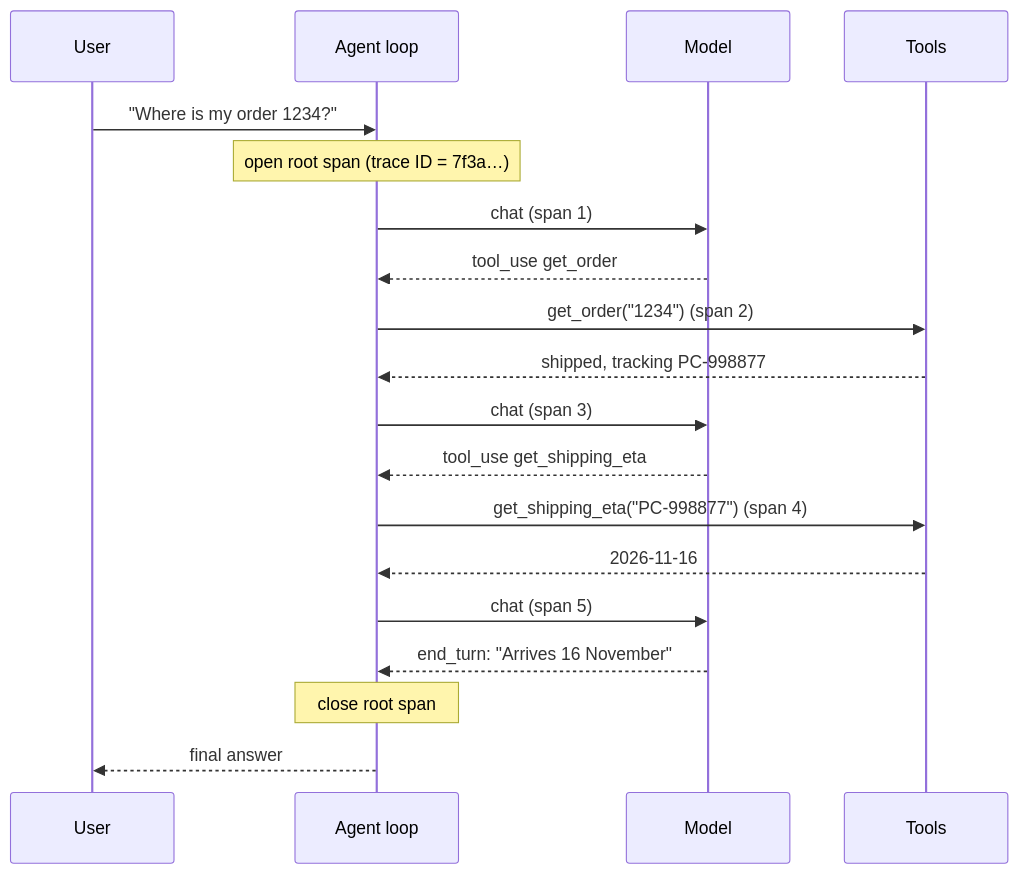
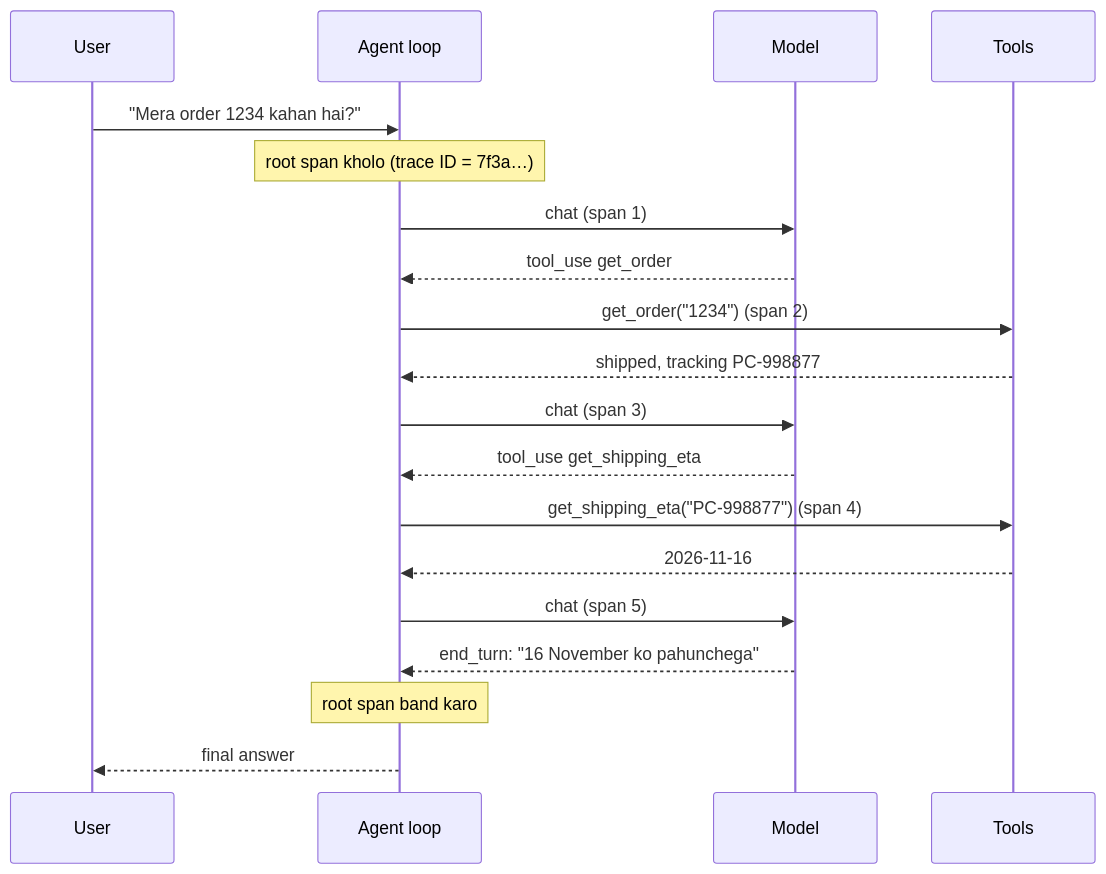
Before and after one commit to asmustechno/agentic-ai-notes: the diagram in docs/14-observability-and-debugging/14.1-tracing-agent-runs.md, drawn with Mermaid. The commit also changed other lines of this file and 135 other files, not shown here.

````diff
--- a/docs/14-observability-and-debugging/14.1-tracing-agent-runs.md
+++ b/docs/14-observability-and-debugging/14.1-tracing-agent-runs.md
@@ -57,21 +59,21 @@
 ```mermaid
 sequenceDiagram
     participant U as User
     participant A as Agent loop
     participant M as Model
     participant T as Tools
-    U->>A: "Where is my order 1234?"
-    Note over A: open root span (trace ID = 7f3a…)
+    U->>A: "Mera order 1234 kahan hai?"
+    Note over A: root span kholo (trace ID = 7f3a…)
     A->>M: chat (span 1)
     M-->>A: tool_use get_order
     A->>T: get_order("1234") (span 2)
     T-->>A: shipped, tracking PC-998877
     A->>M: chat (span 3)
     M-->>A: tool_use get_shipping_eta
     A->>T: get_shipping_eta("PC-998877") (span 4)
     T-->>A: 2026-11-16
     A->>M: chat (span 5)
-    M-->>A: end_turn: "Arrives 16 November"
-    Note over A: close root span
+    M-->>A: end_turn: "16 November ko pahunchega"
+    Note over A: root span band karo
     A-->>U: final answer
 ```
````
